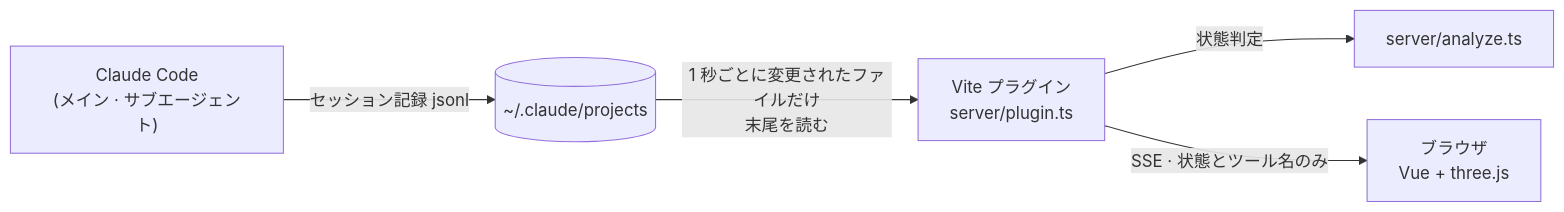
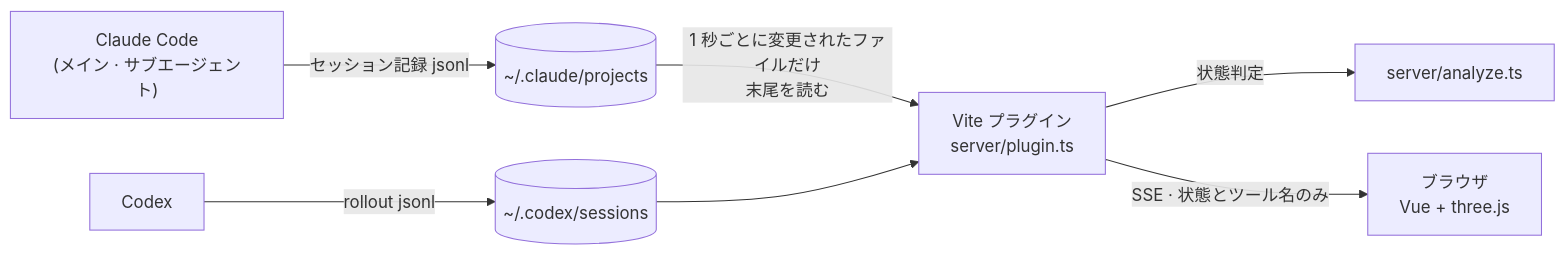
The diagram in README.ja.md (NaStillmatic/agent-office), drawn with Mermaid before and after one commit. The commit also changed other lines of this file and 33 other files, not shown here.

````diff
--- a/README.ja.md
+++ b/README.ja.md
@@ -92,7 +94,9 @@
 ```mermaid
 flowchart LR
   CC["Claude Code<br/>(メイン · サブエージェント)"] -- セッション記録 jsonl --> FS[("~/.claude/projects")]
   FS -- "1 秒ごとに変更されたファイルだけ<br/>末尾を読む" --> P["Vite プラグイン<br/>server/plugin.ts"]
+  CX["Codex"] -- rollout jsonl --> CS[("~/.codex/sessions")]
+  CS --> P
   P -- 状態判定 --> A["server/analyze.ts"]
   P -- "SSE · 状態とツール名のみ" --> UI["ブラウザ<br/>Vue + three.js"]
 ```
````
